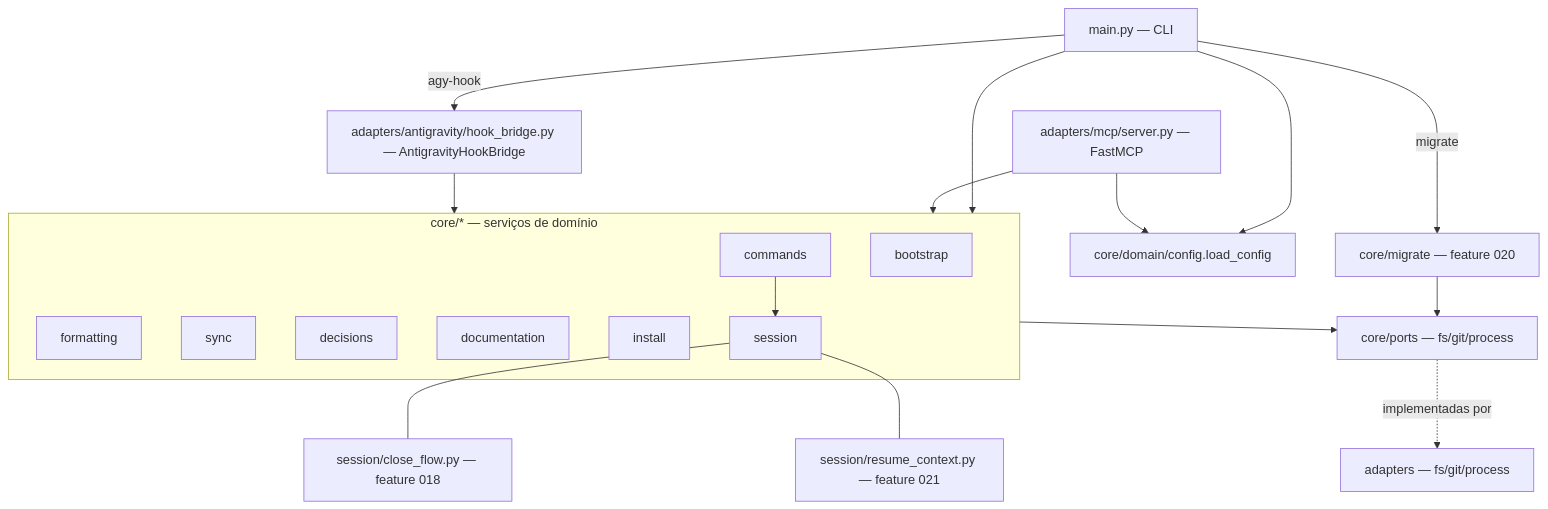
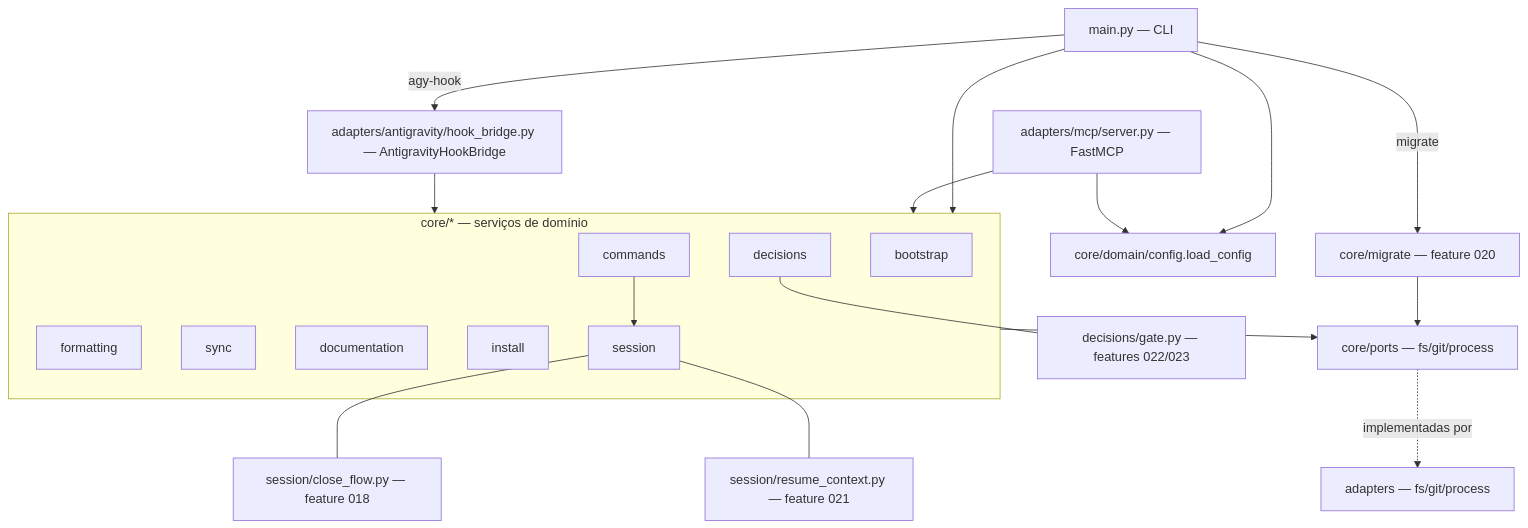
One commit to iago-leal/harness-config changed the diagram in _reversa_sdd/code-analysis.md. Above: the diagram before and after it, drawn with Mermaid. The commit also changed other lines of this file and 38 other files, not shown here.

````diff
--- a/_reversa_sdd/code-analysis.md
+++ b/_reversa_sdd/code-analysis.md
@@ -21,26 +22,27 @@
 ```mermaid
 graph TD
     CLI[main.py — CLI] --> Services
     MCP[adapters/mcp/server.py — FastMCP] --> Services
     AGY[adapters/antigravity/hook_bridge.py — AntigravityHookBridge] --> Services
     CLI -- agy-hook --> AGY
     CLI -- migrate --> Migrate[core/migrate — feature 020]
     subgraph Services[core/* — serviços de domínio]
         boot[bootstrap]
         fmt[formatting]
         sync[sync]
         dec[decisions]
         cmd[commands]
         doc[documentation]
         inst[install]
         sess[session]
     end
     sess --- closeflow[session/close_flow.py — feature 018]
     sess --- resumectx[session/resume_context.py — feature 021]
+    dec --- gate[decisions/gate.py — features 022/023]
     Services --> Ports[core/ports — fs/git/process]
     Ports -.implementadas por.-> Adapters[adapters — fs/git/process]
     Migrate --> Ports
     cmd --> sess
     CLI --> Config[core/domain/config.load_config]
     MCP --> Config
 ```
````
